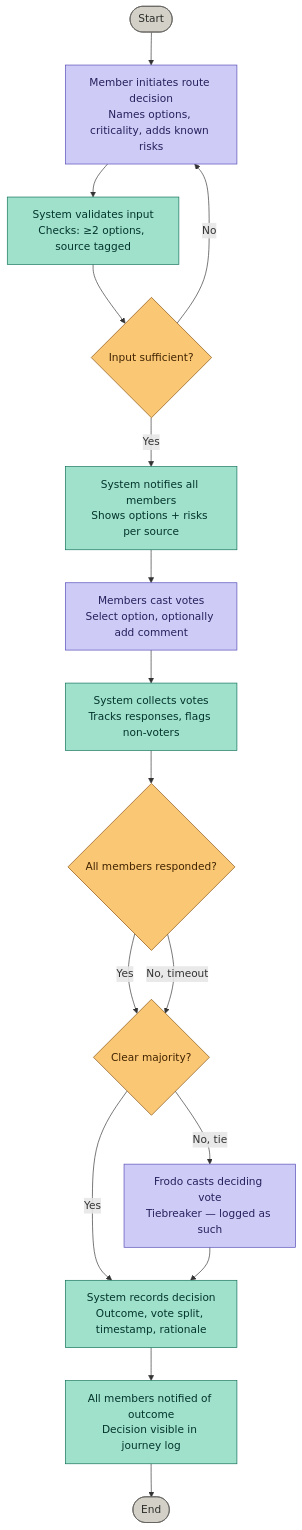
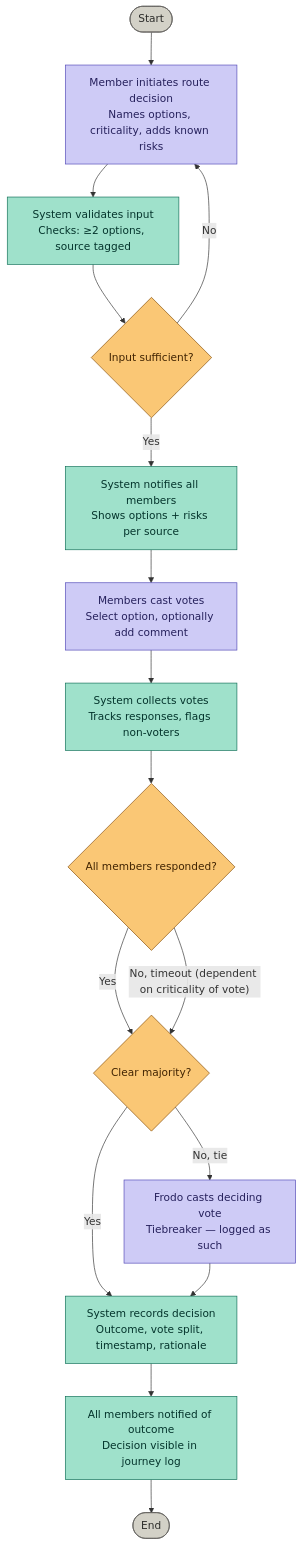
One commit to Goldberries1180/The-Fellowship-of-the-Code-2026 changed the diagram in artifacts/artifact-2/src/artifact-2-deciding.md. Above: the diagram before and after it, drawn with Mermaid. The commit also changed other lines of this file, not shown here.

````diff
--- a/artifacts/artifact-2/src/artifact-2-deciding.md
+++ b/artifacts/artifact-2/src/artifact-2-deciding.md
@@ -36,56 +36,56 @@
 ```mermaid
 %%Old Tom Bombadil is a merry fellow;
 %%Bright blue his jacket is, and his boots are yellow.
 flowchart TD
     A([Start]) --> B
 
     B["Member initiates route decision<br>Names options, criticality, adds known risks"]
     B --> C
 
     C["System validates input<br>Checks: ≥2 options, source tagged"]
     C --> D
 
     D{Input sufficient?}
     D -- No --> B
     D -- Yes --> E
 
     E["System notifies all members<br>Shows options + risks per source"]
     E --> F
 
     F["Members cast votes<br>Select option, optionally add comment"]
     F --> G
 
     G["System collects votes<br>Tracks responses, flags non-voters"]
     G --> H
 
     H{All members responded?}
     H -- Yes --> I
-    H -- No, timeout --> I
+    H -- No, timeout (dependent on criticality of vote) --> I
 
     I{Clear majority?}
     I -- Yes --> J
     I -- No, tie --> K
 
     K["Frodo casts deciding vote<br>Tiebreaker — logged as such"]
     K --> J
 
     J["System records decision<br>Outcome, vote split, timestamp, rationale"]
     J --> L
 
     L["All members notified of outcome<br>Decision visible in journey log"]
     L --> M([End])
 
     style A fill:#D3D1C7,stroke:#5F5E5A,color:#2C2C2A
     style M fill:#D3D1C7,stroke:#5F5E5A,color:#2C2C2A
     style D fill:#FAC775,stroke:#854F0B,color:#412402
     style H fill:#FAC775,stroke:#854F0B,color:#412402
     style I fill:#FAC775,stroke:#854F0B,color:#412402
     style B fill:#CECBF6,stroke:#534AB7,color:#26215C
     style F fill:#CECBF6,stroke:#534AB7,color:#26215C
     style K fill:#CECBF6,stroke:#534AB7,color:#26215C
     style C fill:#9FE1CB,stroke:#0F6E56,color:#04342C
     style E fill:#9FE1CB,stroke:#0F6E56,color:#04342C
     style G fill:#9FE1CB,stroke:#0F6E56,color:#04342C
     style J fill:#9FE1CB,stroke:#0F6E56,color:#04342C
     style L fill:#9FE1CB,stroke:#0F6E56,color:#04342C
 ```
````
